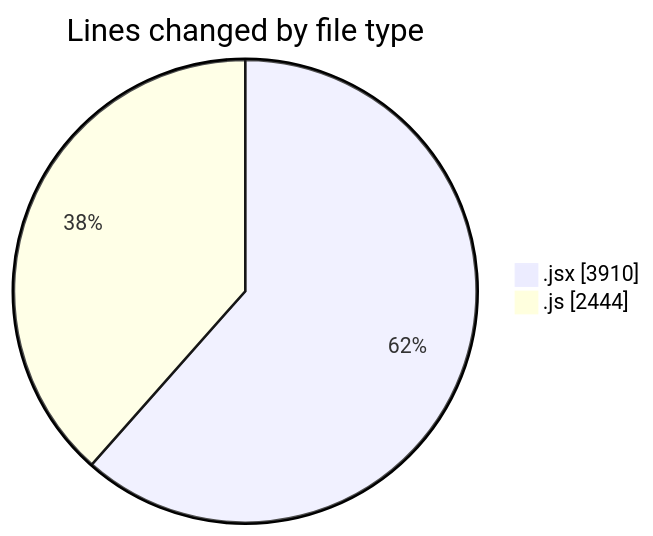
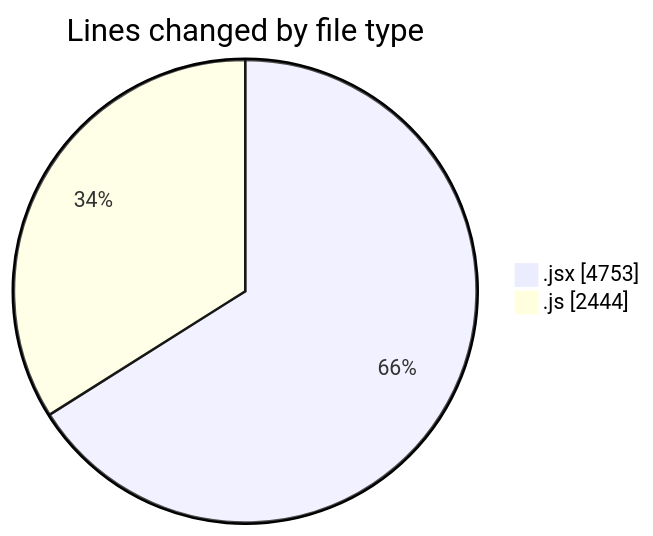
One commit to nxtqubesakshisongat/code-tracking changed the first of 2 diagrams in 2025-11-06/nxtqube_webapp/README.md. Above: the diagram before and after it, drawn with Mermaid. The commit also changed other lines of this file and 1 other file, not shown here.

````diff
--- a/2025-11-06/nxtqube_webapp/README.md
+++ b/2025-11-06/nxtqube_webapp/README.md
@@ -31,6 +33,6 @@
 ```mermaid
 pie showData
 title Lines changed by file type
-".jsx" : 3910
+".jsx" : 4753
 ".js" : 2444
 ```
````
